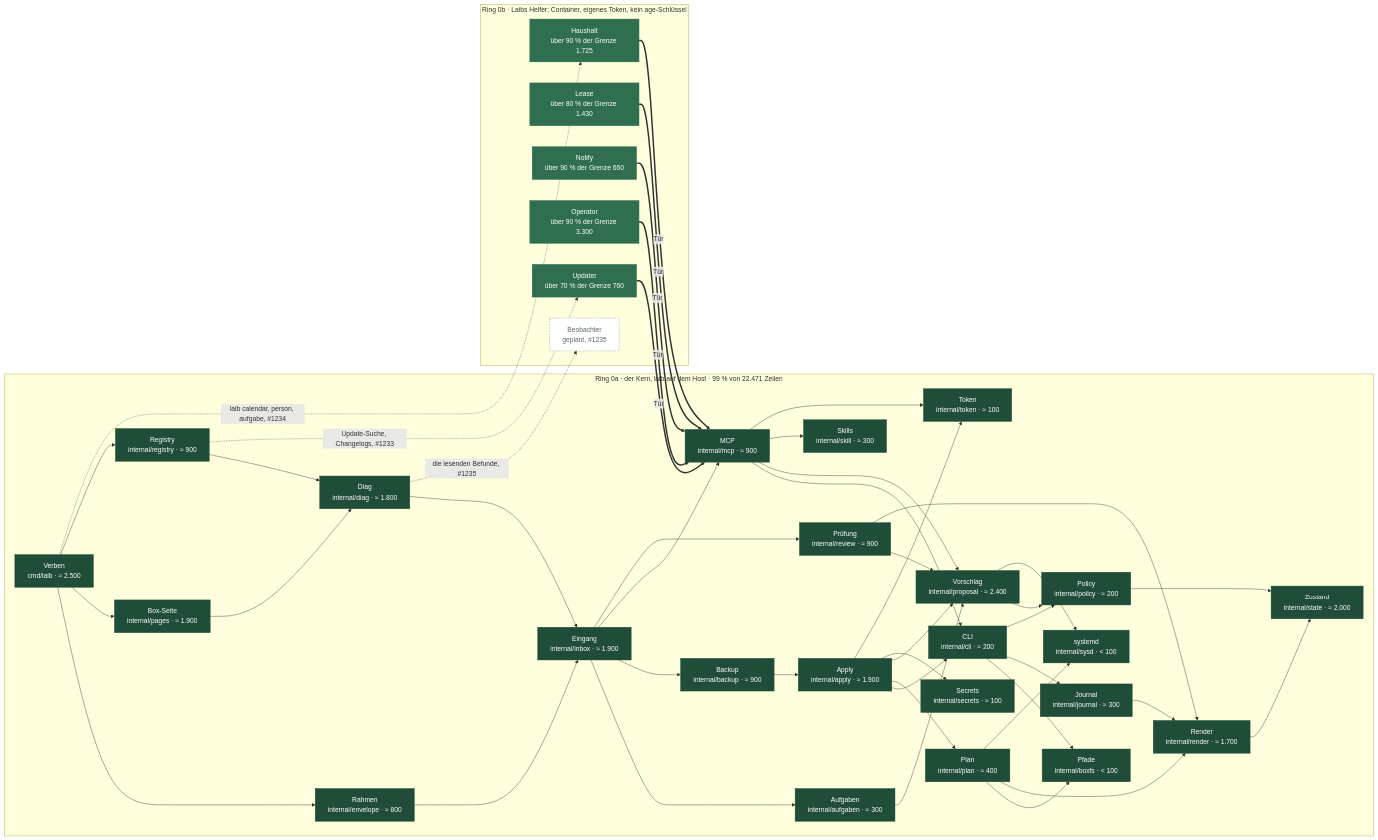
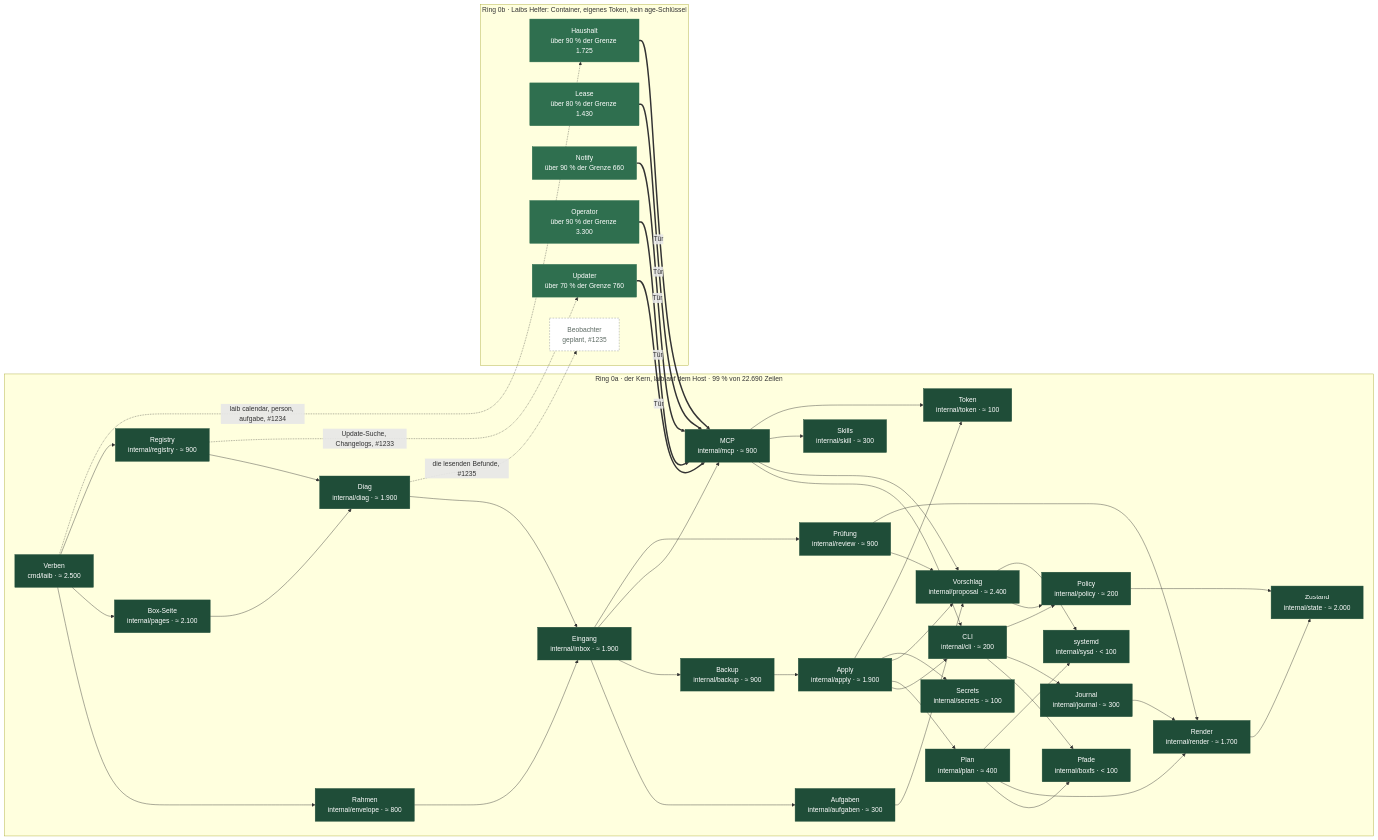
The fourth of 5 diagrams in docs/C4.md (mdopp/laib), drawn with Mermaid before and after one commit. The commit also changed other lines of this file and 29 other files, not shown here.

First line of the commit message:
feat(pages): Laib stands without Homes, everything operational on its own Status page

```diff
--- a/docs/C4.md
+++ b/docs/C4.md
@@ -238,19 +238,19 @@
   classDef s1 fill:#e2efe7,stroke:#2f6f4f,color:#1c1f1d
   classDef s2 fill:#cfe3d6,stroke:#2f6f4f,color:#1c1f1d
   classDef plan fill:#fff,stroke:#8a918c,color:#5d6a63,stroke-dasharray:4 3
-  subgraph r0a["Ring 0a · der Kern, laib auf dem Host · 99 % von 22.471 Zeilen"]
+  subgraph r0a["Ring 0a · der Kern, laib auf dem Host · 99 % von 22.690 Zeilen"]
     k_cmd_laib["Verben<br/>cmd/laib · ≈ 2.500"]:::kern
     k_internal_apply["Apply<br/>internal/apply · ≈ 1.900"]:::kern
     k_internal_aufgaben["Aufgaben<br/>internal/aufgaben · ≈ 300"]:::kern
     k_internal_backup["Backup<br/>internal/backup · ≈ 900"]:::kern
     k_internal_boxfs["Pfade<br/>internal/boxfs · &lt; 100"]:::kern
     k_internal_cli["CLI<br/>internal/cli · ≈ 200"]:::kern
-    k_internal_diag["Diag<br/>internal/diag · ≈ 1.800"]:::kern
+    k_internal_diag["Diag<br/>internal/diag · ≈ 1.900"]:::kern
     k_internal_envelope["Rahmen<br/>internal/envelope · ≈ 800"]:::kern
     k_internal_inbox["Eingang<br/>internal/inbox · ≈ 1.900"]:::kern
     k_internal_journal["Journal<br/>internal/journal · ≈ 300"]:::kern
     k_internal_mcp["MCP<br/>internal/mcp · ≈ 900"]:::kern
-    k_internal_pages["Box-Seite<br/>internal/pages · ≈ 1.900"]:::kern
+    k_internal_pages["Box-Seite<br/>internal/pages · ≈ 2.100"]:::kern
     k_internal_plan["Plan<br/>internal/plan · ≈ 400"]:::kern
     k_internal_policy["Policy<br/>internal/policy · ≈ 200"]:::kern
     k_internal_proposal["Vorschlag<br/>internal/proposal · ≈ 2.400"]:::kern
```
